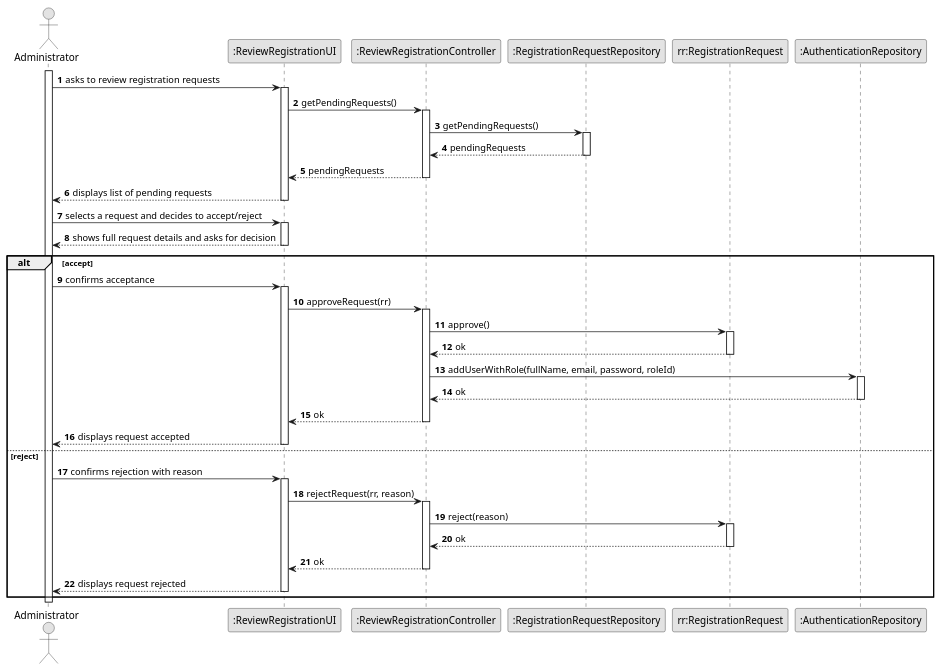
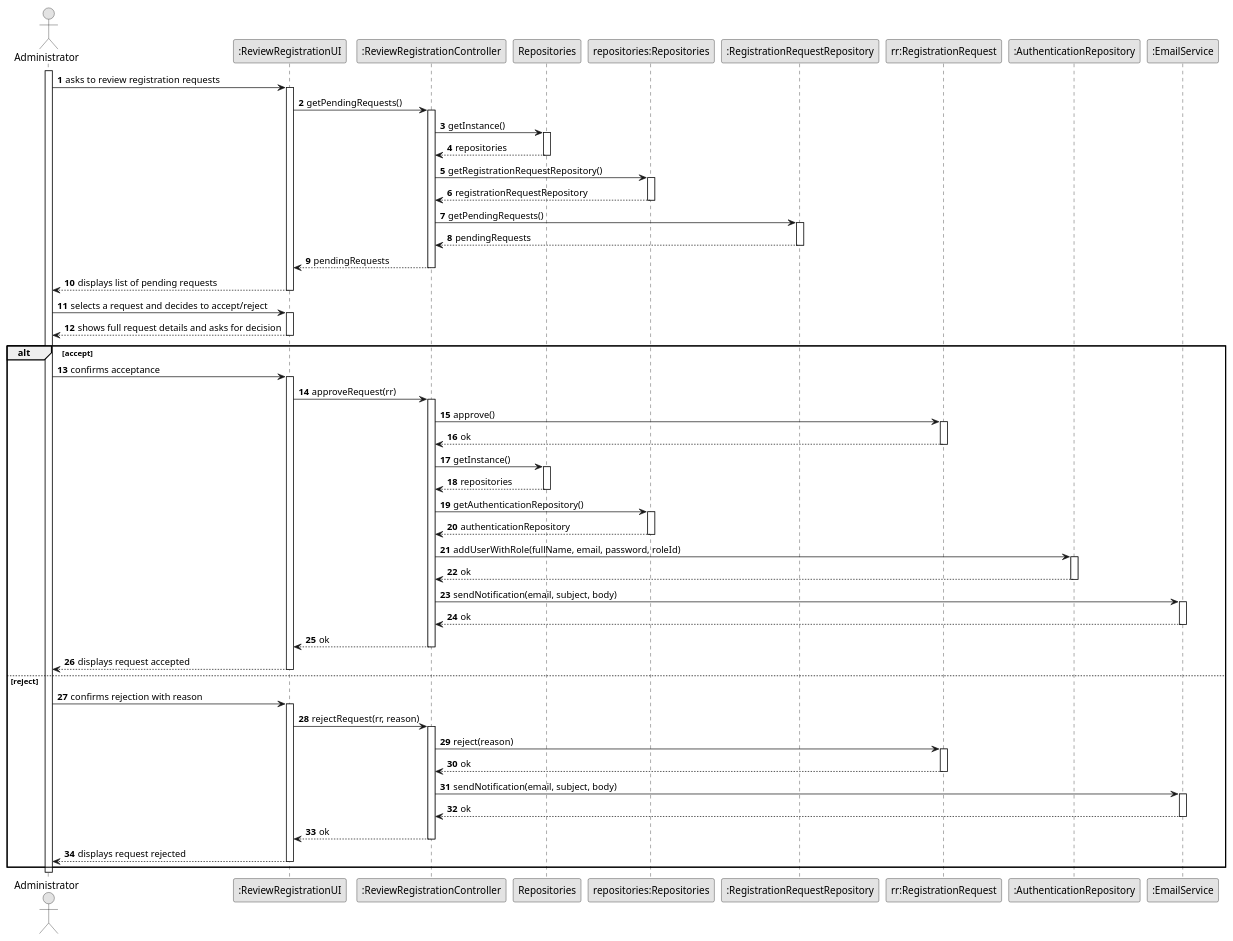
Before and after one commit to brunodspinto/crystal-clear-platform: the diagram in docs/system-documentation/US02/03.design/puml/US02-SD.puml, drawn with PlantUML. The commit also changed 11 other files, not shown here.

Commit message:
Updated design diagrams and svgs

```diff
--- a/docs/system-documentation/US02/03.design/puml/US02-SD.puml
+++ b/docs/system-documentation/US02/03.design/puml/US02-SD.puml
@@ -1,70 +1,101 @@
 @startuml US02-SD
 skinparam monochrome true
 skinparam packageStyle rectangle
 skinparam shadowing false
 
 autonumber
 
 actor "Administrator" as Admin
 participant ":ReviewRegistrationUI" as UI
 participant ":ReviewRegistrationController" as CTRL
+participant "Repositories" as REPOS
+participant "repositories:Repositories" as REPOS_SINGLETON
 participant ":RegistrationRequestRepository" as REPO
 participant "rr:RegistrationRequest" as RR
 participant ":AuthenticationRepository" as AUTH
+participant ":EmailService" as EMAIL
 
 activate Admin
 
     Admin -> UI : asks to review registration requests
     activate UI
         UI -> CTRL : getPendingRequests()
         activate CTRL
+            CTRL -> REPOS : getInstance()
+            activate REPOS
+                REPOS --> CTRL : repositories
+            deactivate REPOS
+
+            CTRL -> REPOS_SINGLETON : getRegistrationRequestRepository()
+            activate REPOS_SINGLETON
+                REPOS_SINGLETON --> CTRL : registrationRequestRepository
+            deactivate REPOS_SINGLETON
+
             CTRL -> REPO : getPendingRequests()
             activate REPO
                 REPO --> CTRL : pendingRequests
             deactivate REPO
             CTRL --> UI : pendingRequests
         deactivate CTRL
         UI --> Admin : displays list of pending requests
     deactivate UI
 
     Admin -> UI : selects a request and decides to accept/reject
     activate UI
         UI --> Admin : shows full request details and asks for decision
     deactivate UI
 
     alt accept
         Admin -> UI : confirms acceptance
         activate UI
             UI -> CTRL : approveRequest(rr)
             activate CTRL
                 CTRL -> RR : approve()
                 activate RR
                     RR --> CTRL : ok
                 deactivate RR
+                CTRL -> REPOS : getInstance()
+                activate REPOS
+                    REPOS --> CTRL : repositories
+                deactivate REPOS
+
+                CTRL -> REPOS_SINGLETON : getAuthenticationRepository()
+                activate REPOS_SINGLETON
+                    REPOS_SINGLETON --> CTRL : authenticationRepository
+                deactivate REPOS_SINGLETON
+
                 CTRL -> AUTH : addUserWithRole(fullName, email, password, roleId)
                 activate AUTH
                     AUTH --> CTRL : ok
                 deactivate AUTH
+                CTRL -> EMAIL : sendNotification(email, subject, body)
+                activate EMAIL
+                    EMAIL --> CTRL : ok
+                deactivate EMAIL
                 CTRL --> UI : ok
             deactivate CTRL
             UI --> Admin : displays request accepted
         deactivate UI
 
     else reject
         Admin -> UI : confirms rejection with reason
         activate UI
             UI -> CTRL : rejectRequest(rr, reason)
             activate CTRL
                 CTRL -> RR : reject(reason)
                 activate RR
                     RR --> CTRL : ok
                 deactivate RR
+                CTRL -> EMAIL : sendNotification(email, subject, body)
+                activate EMAIL
+                    EMAIL --> CTRL : ok
+                deactivate EMAIL
                 CTRL --> UI : ok
             deactivate CTRL
             UI --> Admin : displays request rejected
         deactivate UI
     end
 
 deactivate Admin
 
 @enduml
```
